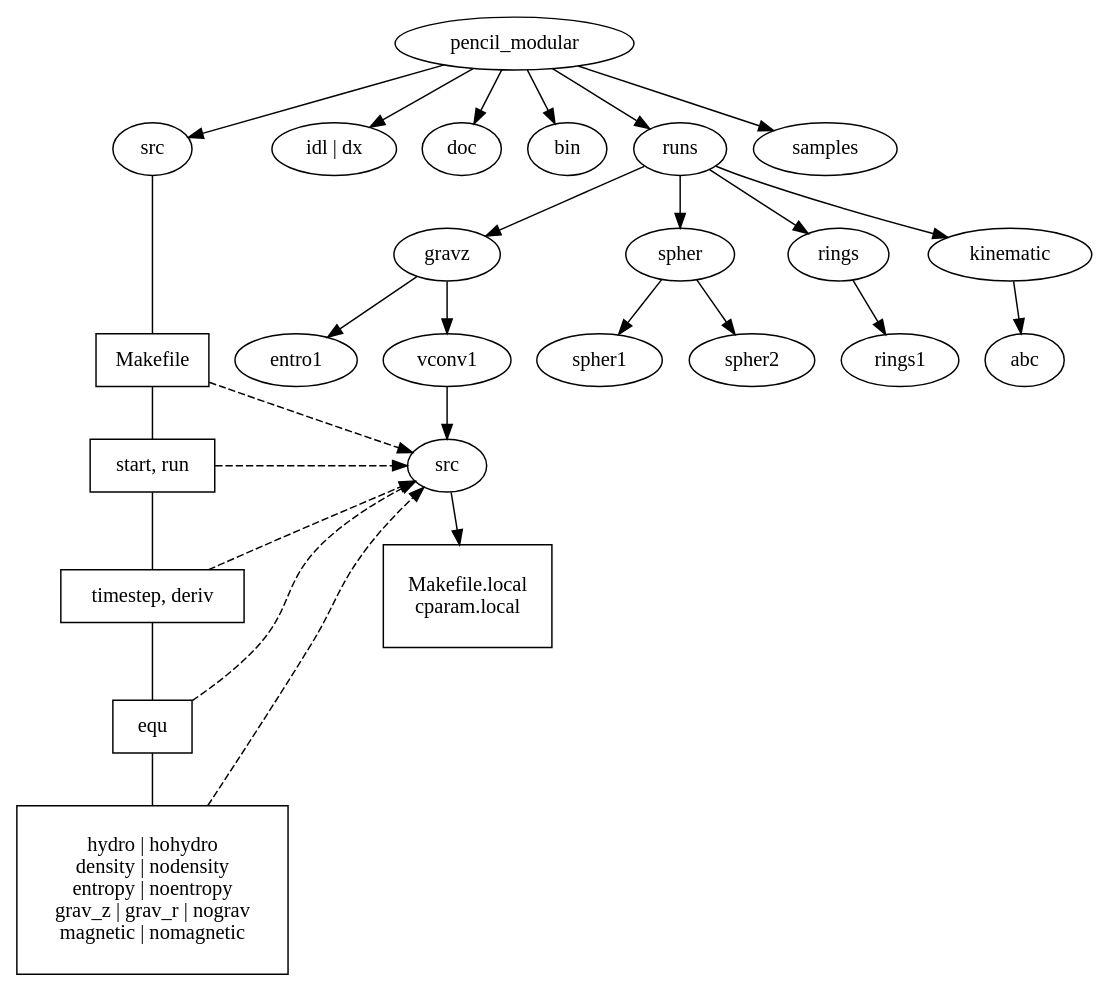
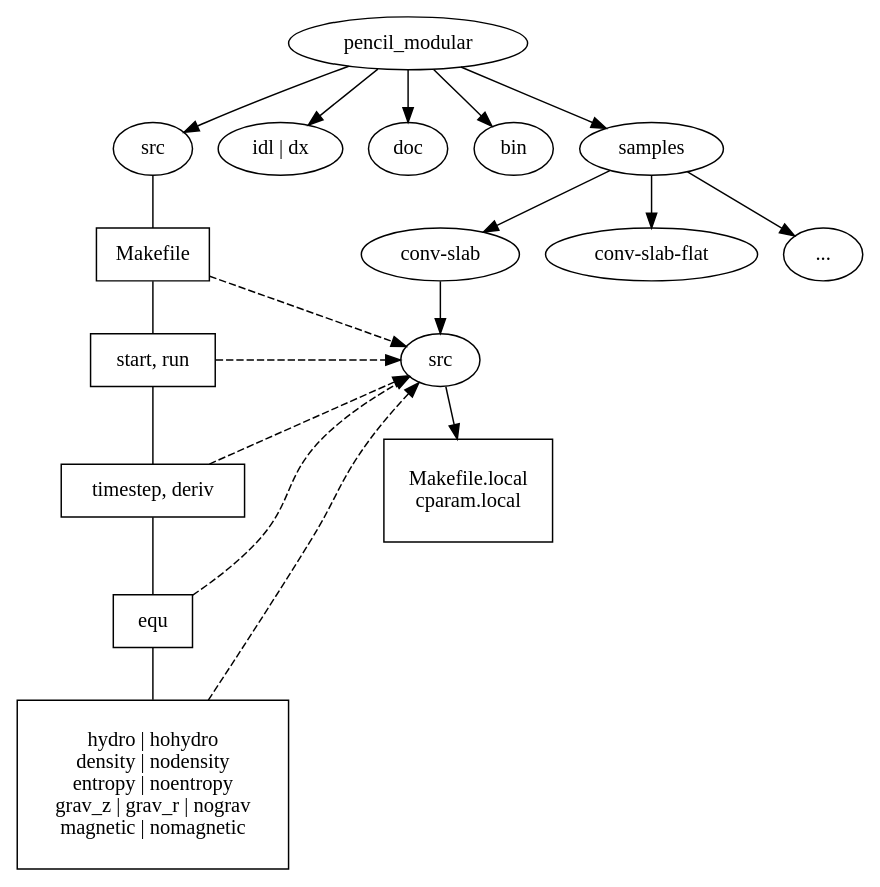
One commit to pencil-code/pencil-code changed the diagram in doc/structure.dot. Above: the diagram before and after it, drawn with Graphviz. The commit also changed 1 other file, not shown here.

Commit message:
Removed runs/ from sketch

```diff
--- a/doc/structure.dot
+++ b/doc/structure.dot
@@ -1,61 +1,71 @@
-/* Mutual dependencies for the pencil_modular code.
+/*                               -*-c-*-
+   Mutual dependencies for the pencil_modular code.
    Run this through
-     dot -Tps structure.dot -o struct.ps
+     dot -Tps structure.dot -o struct.eps
    to obtain a PostScript graph.
    `dot' is part of AT&T's `graphviz' package.
  */
 
 digraph G {
 
   /* Top directory */
   node [shape=ellipse];
   { pencil_modular }
 
   /* */
   node [shape=ellipse];
-  { rank=same; src; idl_dx; doc; bin; runs; samples }
+  { rank=same; src; idl_dx; doc; bin; samples }
 
   idl_dx [label="idl | dx"];
 
   pencil_modular -> src;
   pencil_modular -> idl_dx;
   pencil_modular -> bin;
   pencil_modular -> doc;
-  pencil_modular -> runs;
+/*    pencil_modular -> runs; */
   pencil_modular -> samples;
 
+/*
   runs->gravz    ->entro1;
   runs->spher    ->spher1;
   runs->rings    ->rings1;
   runs->kinematic->abc;
 
   gravz->vconv1;
   spher->spher2;
+*/
 
+  samples->conv_slab;
+  samples->conv_slab_flat;
+  samples->dot_dot_dot;
+  conv_slab      [shape=ellipse, label="conv-slab"];
+  conv_slab_flat [shape=ellipse, label="conv-slab-flat"];
+  dot_dot_dot    [shape=ellipse, label="..."];
 
   /* Switch default to boxed (for files) */
   node [shape=box];
   { Makefile; startrun; scheme; equ; physics; }
 
   startrun [label="start, run"];
   scheme   [label="timestep, deriv"];
   physics  [label="\nhydro | hohydro\ndensity | nodensity\nentropy | noentropy\ngrav_z | grav_r | nograv\nmagnetic | nomagnetic\n\n"];
 
   src->Makefile->startrun->scheme->equ->physics [dir=none,weight=5];
 
 
-  vconv1->src1[weight=5];
+/*    vconv1->src1[weight=5]; */
+  conv_slab->src1[weight=5];
   src1 [shape=ellipse, label="src"];
   src1->src_local[weight=5];
   src_local[label="\nMakefile.local\ncparam.local\n\n"];
 
 
   /* Indicate links from src to runs/gravz/vconv1/src*/
   Makefile -> src1 [style=dashed];
   startrun -> src1 [style=dashed];
   scheme   -> src1 [style=dashed];
   equ      -> src1 [style=dashed];
   physics  -> src1 [style=dashed];
 
   { rank = same; startrun; src1 }
 }
```
